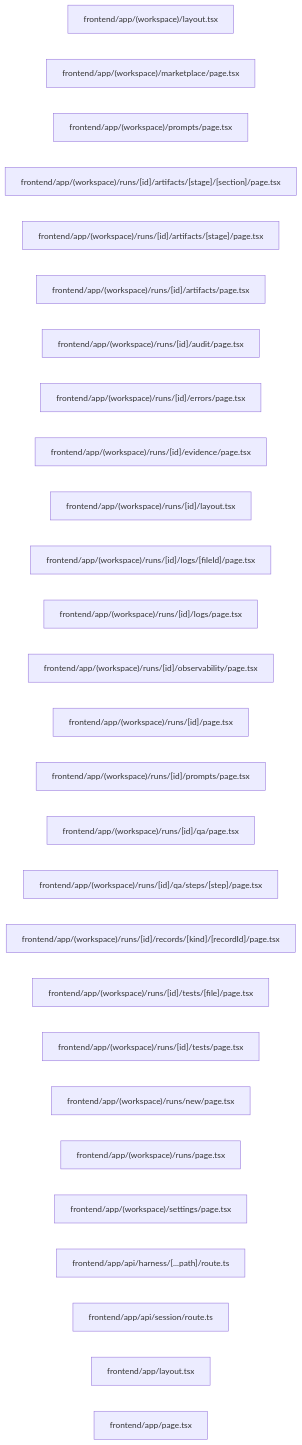
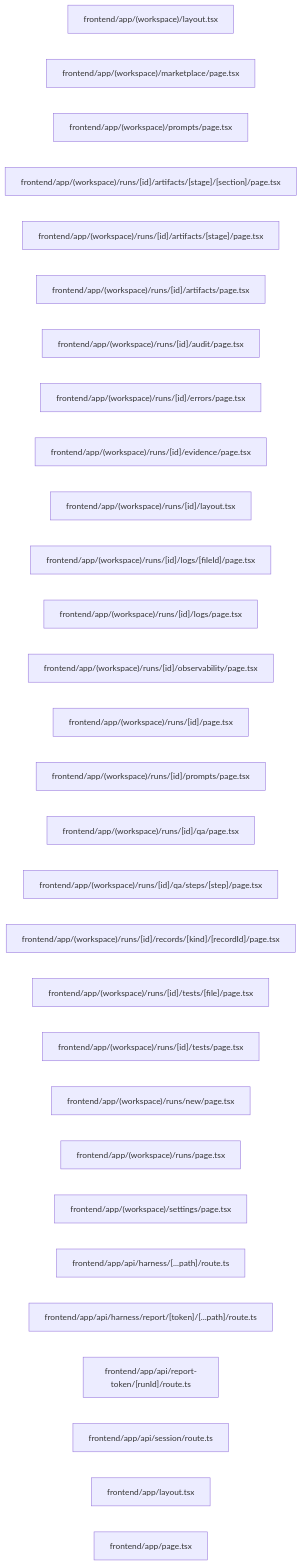
Before and after one commit to sarveshtalele/maf-harness-testing: the seventh of 21 diagrams in docs/ARCHITECTURE_MAP.md, drawn with Mermaid. The commit also changed other lines of this file and 13 other files, not shown here.

First line of the commit message:
Report files by token prefix; persistent per-port session; no Origin-null exception

````diff
--- a/docs/ARCHITECTURE_MAP.md
+++ b/docs/ARCHITECTURE_MAP.md
@@ -286,30 +286,32 @@
 ```mermaid
 flowchart LR
   f0["frontend/app/(workspace)/layout.tsx"]
   f1["frontend/app/(workspace)/marketplace/page.tsx"]
   f2["frontend/app/(workspace)/prompts/page.tsx"]
   f3["frontend/app/(workspace)/runs/[id]/artifacts/[stage]/[section]/page.tsx"]
   f4["frontend/app/(workspace)/runs/[id]/artifacts/[stage]/page.tsx"]
   f5["frontend/app/(workspace)/runs/[id]/artifacts/page.tsx"]
   f6["frontend/app/(workspace)/runs/[id]/audit/page.tsx"]
   f7["frontend/app/(workspace)/runs/[id]/errors/page.tsx"]
   f8["frontend/app/(workspace)/runs/[id]/evidence/page.tsx"]
   f9["frontend/app/(workspace)/runs/[id]/layout.tsx"]
   f10["frontend/app/(workspace)/runs/[id]/logs/[fileId]/page.tsx"]
   f11["frontend/app/(workspace)/runs/[id]/logs/page.tsx"]
   f12["frontend/app/(workspace)/runs/[id]/observability/page.tsx"]
   f13["frontend/app/(workspace)/runs/[id]/page.tsx"]
   f14["frontend/app/(workspace)/runs/[id]/prompts/page.tsx"]
   f15["frontend/app/(workspace)/runs/[id]/qa/page.tsx"]
   f16["frontend/app/(workspace)/runs/[id]/qa/steps/[step]/page.tsx"]
   f17["frontend/app/(workspace)/runs/[id]/records/[kind]/[recordId]/page.tsx"]
   f18["frontend/app/(workspace)/runs/[id]/tests/[file]/page.tsx"]
   f19["frontend/app/(workspace)/runs/[id]/tests/page.tsx"]
   f20["frontend/app/(workspace)/runs/new/page.tsx"]
   f21["frontend/app/(workspace)/runs/page.tsx"]
   f22["frontend/app/(workspace)/settings/page.tsx"]
   f23["frontend/app/api/harness/[...path]/route.ts"]
-  f24["frontend/app/api/session/route.ts"]
-  f25["frontend/app/layout.tsx"]
-  f26["frontend/app/page.tsx"]
+  f24["frontend/app/api/harness/report/[token]/[...path]/route.ts"]
+  f25["frontend/app/api/report-token/[runId]/route.ts"]
+  f26["frontend/app/api/session/route.ts"]
+  f27["frontend/app/layout.tsx"]
+  f28["frontend/app/page.tsx"]
 ```
````
